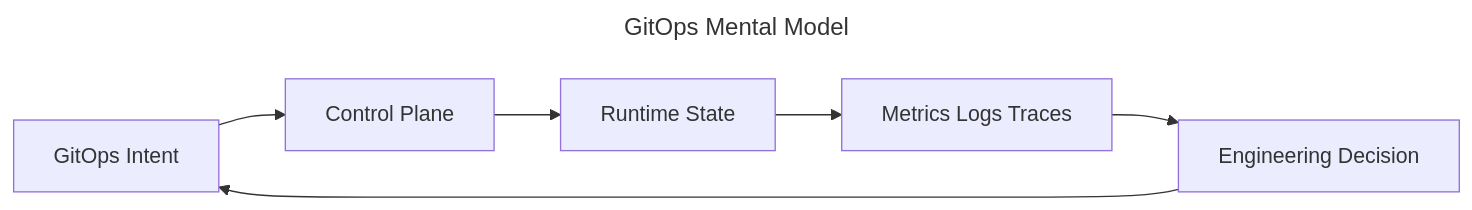
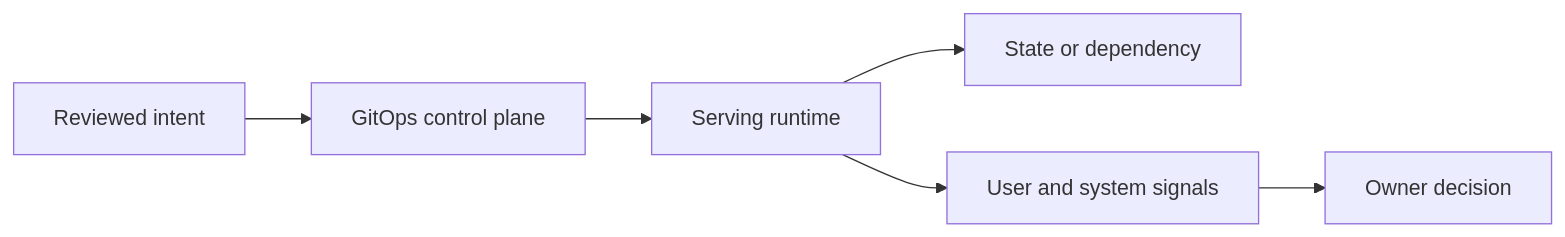
The first of 2 diagrams in docs/chapters/gitops.md (m1mohamad/devops-sre-prep), drawn with Mermaid before and after one commit. The commit also changed other lines of this file and 100 other files, not shown here.

````diff
--- a/docs/chapters/gitops.md
+++ b/docs/chapters/gitops.md
@@ -10,11 +15,8 @@
 ```mermaid
----
-title: GitOps Mental Model
----
 flowchart LR
-  Intent[GitOps Intent] --> Control[Control Plane]
-  Control --> Runtime[Runtime State]
-  Runtime --> Signals[Metrics Logs Traces]
-  Signals --> Decision[Engineering Decision]
-  Decision --> Intent
+  Intent[Reviewed intent] --> Control[GitOps control plane]
+  Control --> Runtime[Serving runtime]
+  Runtime --> Dependency[State or dependency]
+  Runtime --> Signals[User and system signals]
+  Signals --> Owner[Owner decision]
 ```
````
